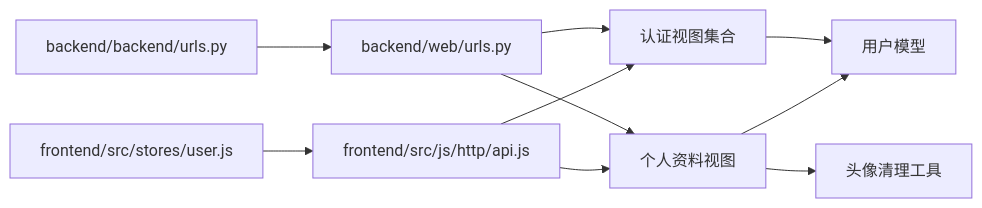
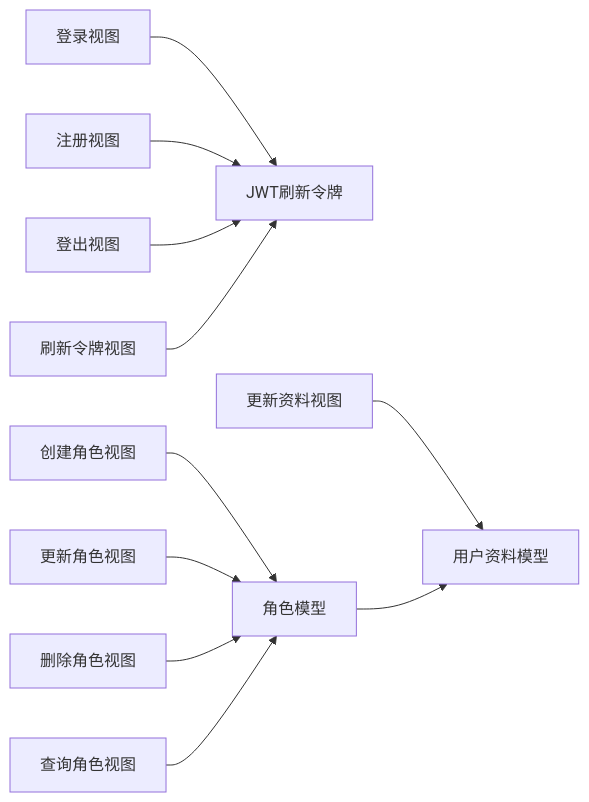
One commit to Blaipchi/LLM_AIfriends changed the third of 4 diagrams in .qoder/repowiki/zh/content/API接口文档/API接口文档.md. Above: the diagram before and after it, drawn with Mermaid. The commit also changed other lines of this file and 89 other files, not shown here.

````diff
--- a/.qoder/repowiki/zh/content/API接口文档/API接口文档.md
+++ b/.qoder/repowiki/zh/content/API接口文档/API接口文档.md
@@ -291,12 +434,13 @@
 ```mermaid
 graph LR
-R["backend/backend/urls.py"] --> U["backend/web/urls.py"]
-U --> V1["认证视图集合"]
-U --> V2["个人资料视图"]
-V2 --> P["头像清理工具"]
-V1 --> M["用户模型"]
-V2 --> M
-FE["frontend/src/js/http/api.js"] --> V1
-FE --> V2
-ST["frontend/src/stores/user.js"] --> FE
+Login["登录视图"] --> JWT["JWT刷新令牌"]
+Register["注册视图"] --> JWT
+Logout["登出视图"] --> JWT
+Refresh["刷新令牌视图"] --> JWT
+ProfileUpdate["更新资料视图"] --> UserProfile["用户资料模型"]
+CharCreate["创建角色视图"] --> Character["角色模型"]
+CharUpdate["更新角色视图"] --> Character
+CharRemove["删除角色视图"] --> Character
+CharGet["查询角色视图"] --> Character
+Character --> UserProfile
 ```
````
